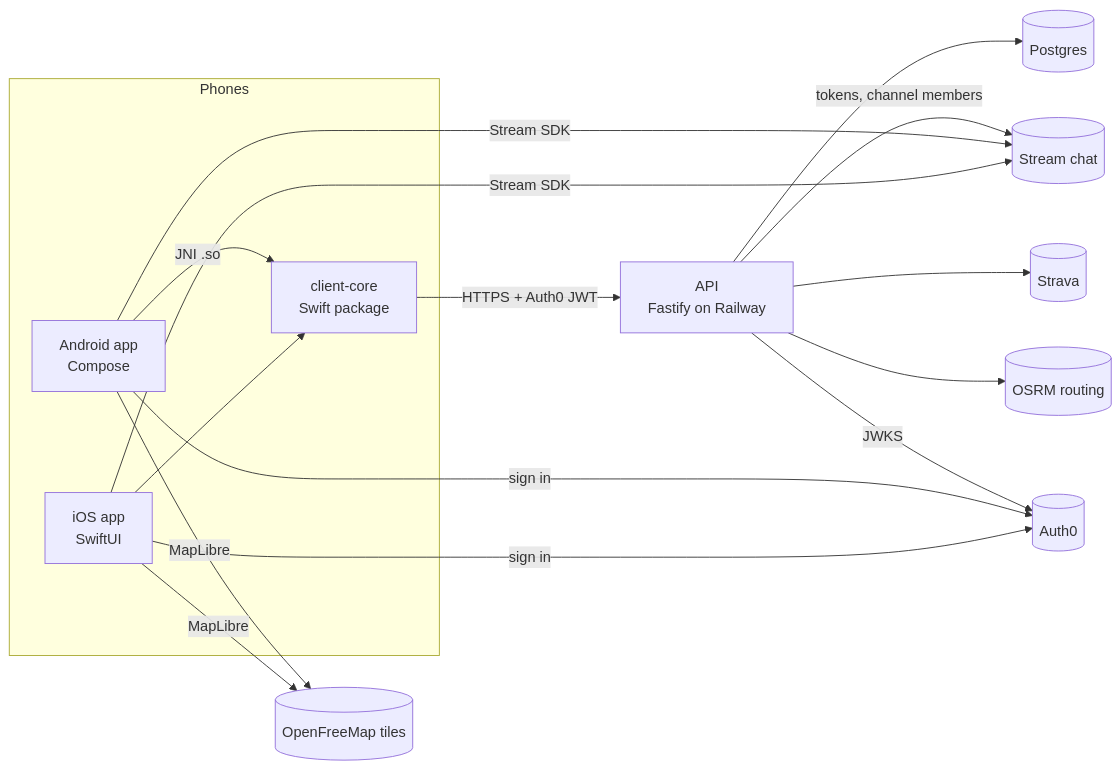
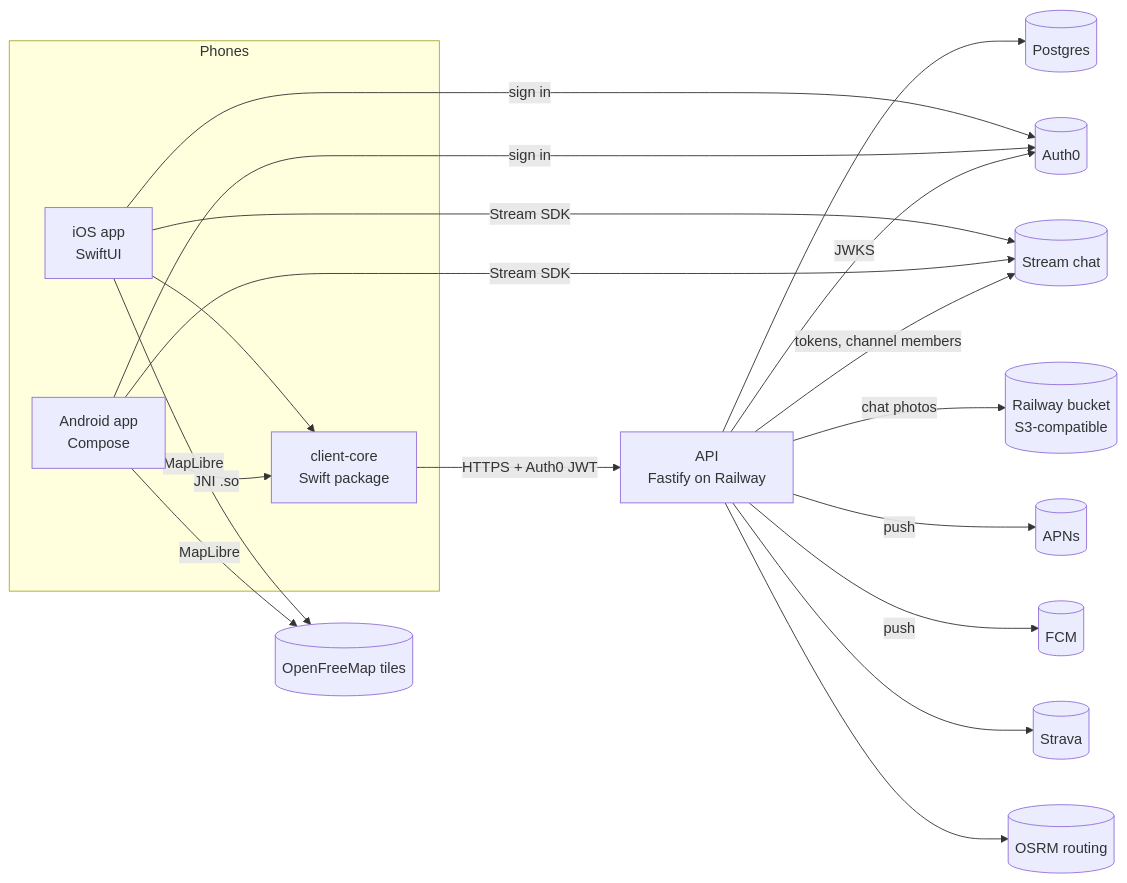
Before and after one commit to collinbrowse/CrewCue: the diagram in docs/kb/architecture.md, drawn with Mermaid. The commit also changed other lines of this file and 4 other files, not shown here.

````diff
--- a/docs/kb/architecture.md
+++ b/docs/kb/architecture.md
@@ -5,19 +5,22 @@
 ```mermaid
 flowchart LR
   subgraph Phones
     iOS["iOS app<br/>SwiftUI"]
     AND["Android app<br/>Compose"]
     CORE["client-core<br/>Swift package"]
     iOS --> CORE
     AND -- "JNI .so" --> CORE
   end
   CORE -- "HTTPS + Auth0 JWT" --> API["API<br/>Fastify on Railway"]
   iOS & AND -- "Stream SDK" --> STREAM[(Stream chat)]
   iOS & AND -- "MapLibre" --> OFM[(OpenFreeMap tiles)]
   iOS & AND -- "sign in" --> AUTH0[(Auth0)]
   API --> PG[(Postgres)]
   API -- "JWKS" --> AUTH0
   API -- "tokens, channel members" --> STREAM
+  API -- "chat photos" --> BUCKET[(Railway bucket<br/>S3-compatible)]
+  API -- "push" --> APNS[(APNs)]
+  API -- "push" --> FCM[(FCM)]
   API --> STRAVA[(Strava)]
   API --> OSRM[(OSRM routing)]
 ```
````
